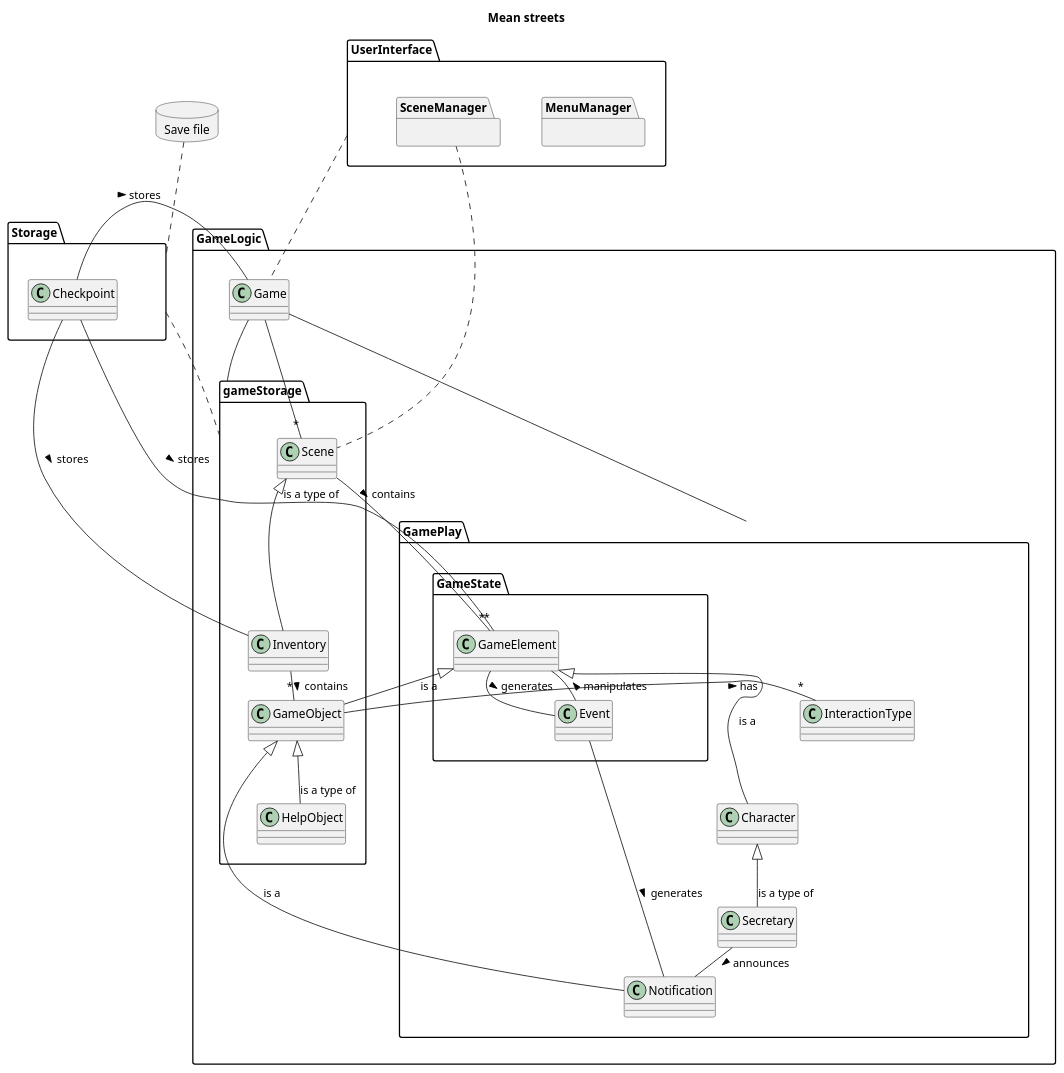
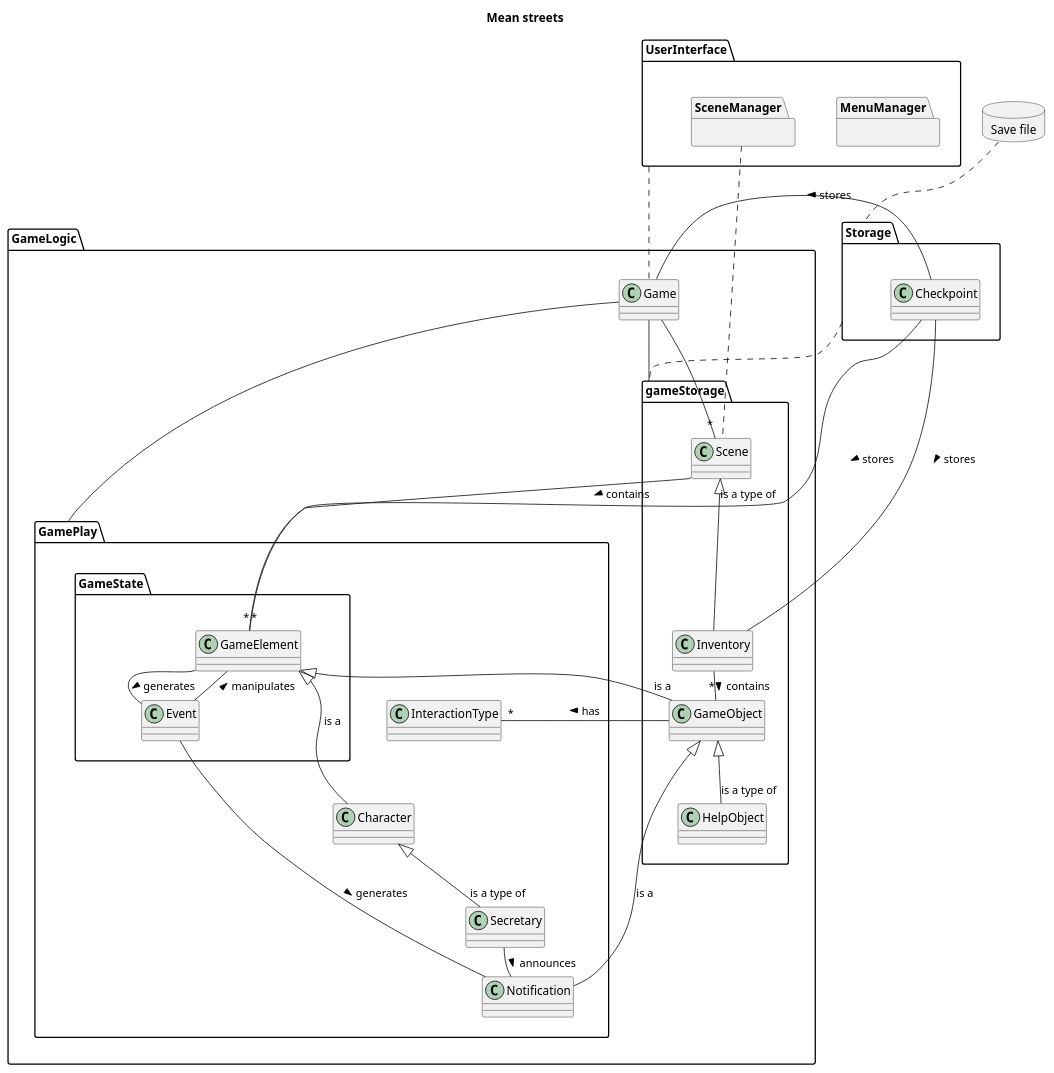
One commit to NoahHakansson/SE-PA1460 changed the diagram in architectDiagram.pu. Above: the diagram before and after it, drawn with PlantUML.

Commit message:
more layout fixes

```diff
--- a/architectDiagram.pu
+++ b/architectDiagram.pu
@@ -1,73 +1,73 @@
 @startuml
 
 skinparam nodesep 50
 skinparam ranksep 10
 
 title Mean streets
 top to bottom direction
 database "Save file" {
 }
 package UserInterface {
     package MenuManager {}
     package SceneManager {}
 }
 
 package GameLogic {
     class Game
     package gameStorage {
         class Inventory
         class GameObject
         class HelpObject
         class Scene
     }
 
 
     package GamePlay {
         class InteractionType
         class Secretary
         class Character
         class Notification
         package GameState {
             class GameElement
             class Event
         }
     }
 }
 
 package Storage {
     class Checkpoint
 }
 
 "Save file".. Storage
 UserInterface .. Game
 SceneManager .. Scene
-Storage .. gameStorage
+Storage . gameStorage
 
 
 InteractionType -[hidden]up- GameState
 Character -[hidden]up- GameState
 Secretary -[hidden]up- GameState
 Notification -[hidden]up- GameState
 InteractionType -[hidden]down- Character
 
 Game - gameStorage
 Game - GamePlay
 
 Game -- "*" Scene
 Checkpoint -- "*" GameElement : stores >
 Checkpoint -- Inventory : stores >
 Checkpoint - Game : stores >
 Character <|-- Secretary : is a type of
 GameElement <|-- GameObject : is a
 GameElement <|-- Character : is a
 Scene - "*" GameElement : contains >
 Scene <|-- Inventory : is a type of
 Inventory -- "*" GameObject : contains >
 GameElement -- Event : generates >
 Event -- Notification : generates >
 Event -- GameElement : manipulates >
 Secretary -- Notification : announces >
 GameObject <|-- HelpObject : is a type of
 GameObject <|-- Notification : is a
 GameObject -- "*" InteractionType : has >
 @enduml
```
